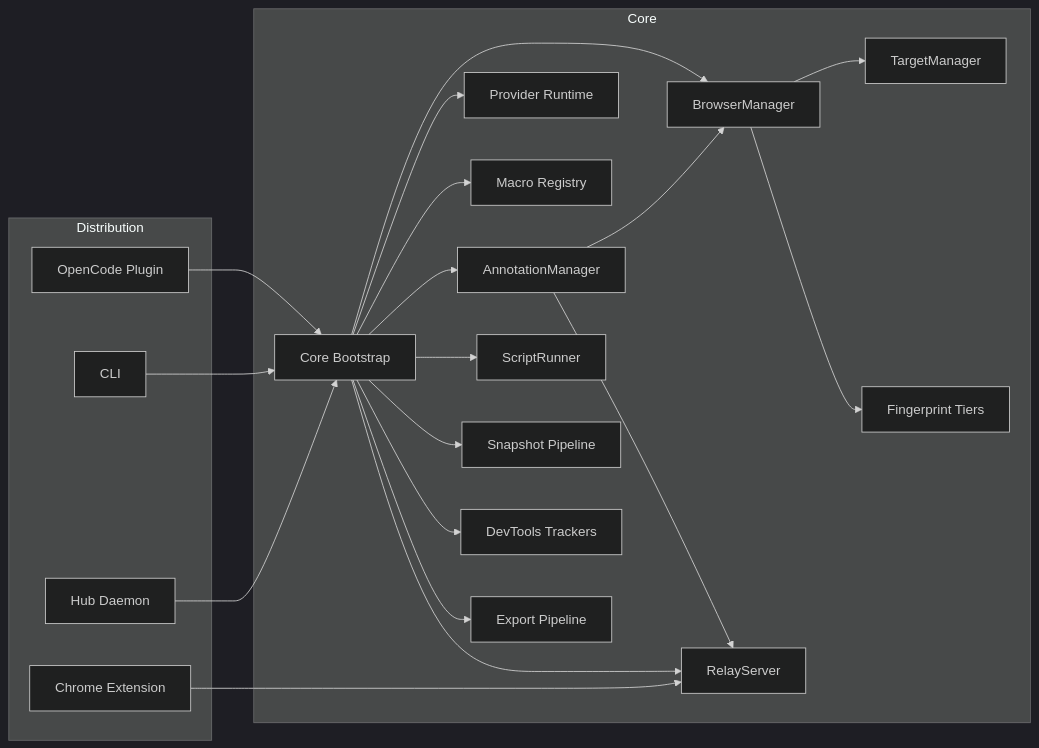
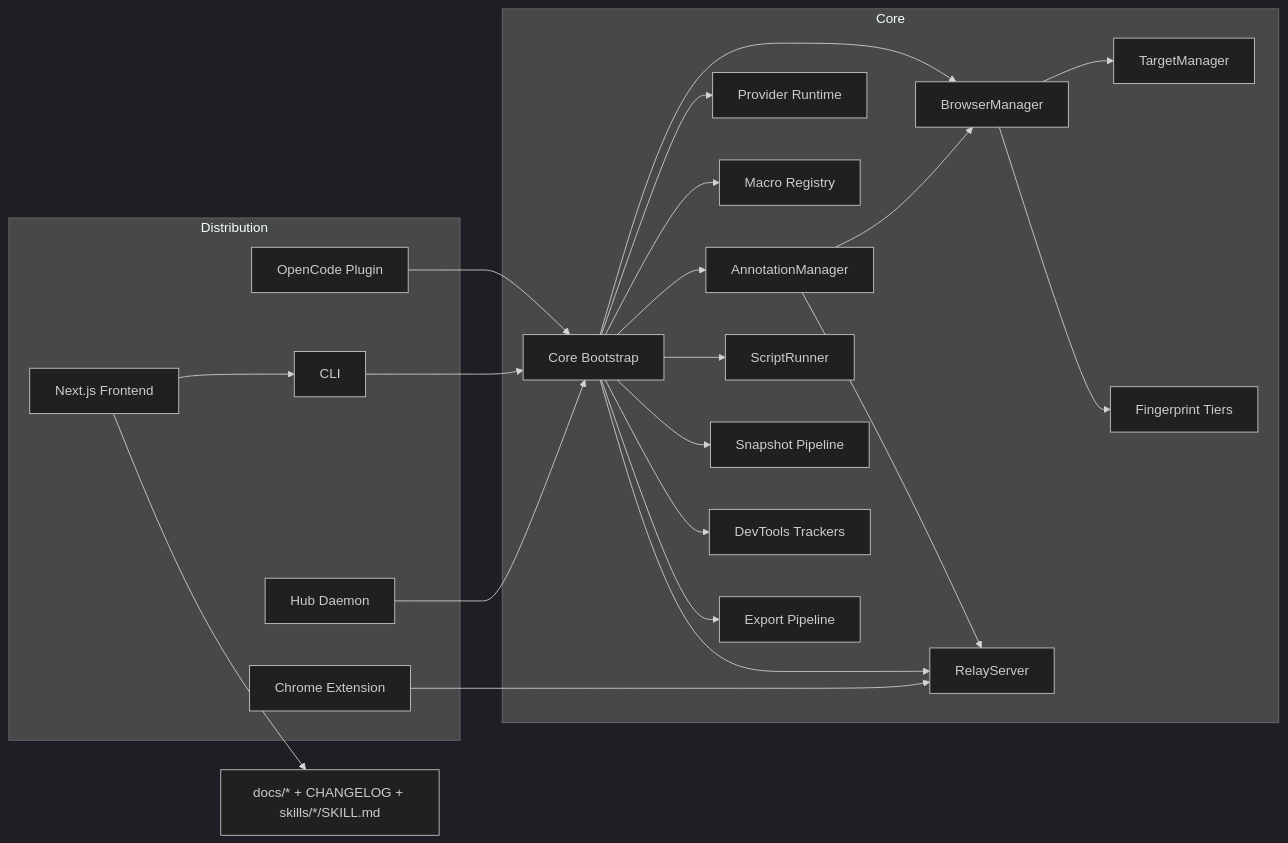
One commit to freshtechbro/opendevbrowser changed the first of 4 diagrams in docs/ARCHITECTURE.md. Above: the diagram before and after it, drawn with Mermaid (dark theme). The commit also changed other lines of this file and 3 other files, not shown here.

First line of the commit message:
docs: align canonical ASCII architecture across core docs

````diff
--- a/docs/ARCHITECTURE.md
+++ b/docs/ARCHITECTURE.md
@@ -32,43 +79,46 @@
 ```mermaid
 flowchart LR
   subgraph Distribution
     Plugin[OpenCode Plugin]
     CLI[CLI]
     Hub[Hub Daemon]
     Extension[Chrome Extension]
+    Frontend[Next.js Frontend]
   end
 
   subgraph Core
     CoreBootstrap[Core Bootstrap]
     BrowserManager[BrowserManager]
     TargetManager[TargetManager]
     ProviderRuntime[Provider Runtime]
     MacroRegistry[Macro Registry]
     Fingerprint[Fingerprint Tiers]
     AnnotationManager[AnnotationManager]
     ScriptRunner[ScriptRunner]
     Snapshotter[Snapshot Pipeline]
     Devtools[DevTools Trackers]
     Exporter[Export Pipeline]
     Relay[RelayServer]
   end
 
   Plugin --> CoreBootstrap
   CLI --> CoreBootstrap
   Hub --> CoreBootstrap
   Extension --> Relay
+  Frontend --> CLI
+  Frontend --> Docs[docs/* + CHANGELOG + skills/*/SKILL.md]
 
   CoreBootstrap --> BrowserManager
   BrowserManager --> TargetManager
   CoreBootstrap --> ProviderRuntime
   CoreBootstrap --> MacroRegistry
   BrowserManager --> Fingerprint
   CoreBootstrap --> AnnotationManager
   AnnotationManager --> BrowserManager
   AnnotationManager --> Relay
   CoreBootstrap --> ScriptRunner
   CoreBootstrap --> Snapshotter
   CoreBootstrap --> Devtools
   CoreBootstrap --> Exporter
   CoreBootstrap --> Relay
 ```
````
